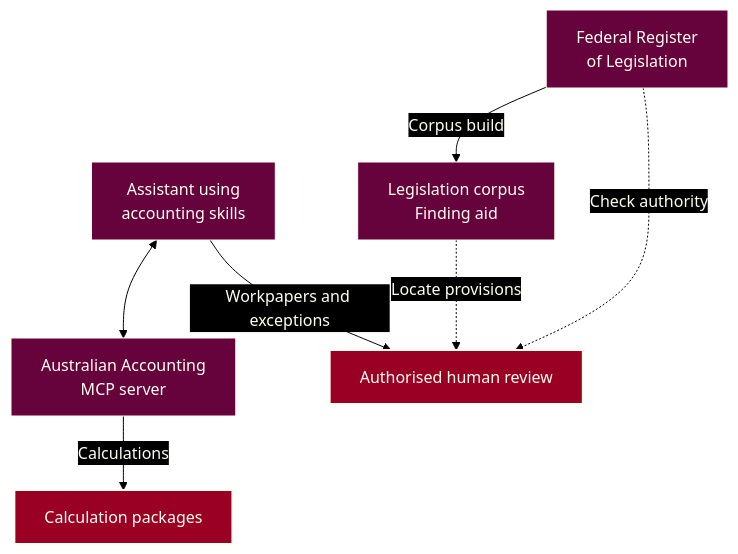
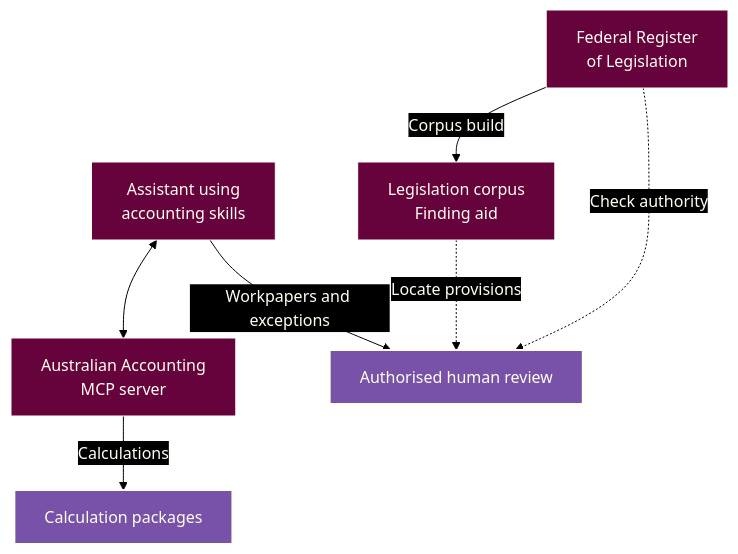
One commit to ryanduguid/ryanduguid changed the diagram in README.md. Above: the diagram before and after it, drawn with Mermaid.

Commit message:
Apply four-colour Mermaid palette (#62)
Use ivory, pure black, Tyrian purple and royal purple in the profile Mermaid diagram.

````diff
--- a/README.md
+++ b/README.md
@@ -46,12 +46,12 @@
 ```mermaid
 flowchart TB
-%%{init: {"theme": "base", "themeVariables": {"background": "#000000", "primaryColor": "#66023C", "primaryTextColor": "#FFFFF0", "primaryBorderColor": "#FFFFF0", "lineColor": "#000000", "textColor": "#FFFFF0", "edgeLabelBackground": "#000000", "clusterBkg": "#000000", "clusterBorder": "#FFFFF0", "titleColor": "#FFFFF0"}, "themeCSS": ".flowchart-link, .relationshipLine, marker path { filter: drop-shadow(0px 1px 0px #FFFFF0) drop-shadow(0px -1px 0px #FFFFF0) drop-shadow(1px 0px 0px #FFFFF0) drop-shadow(-1px 0px 0px #FFFFF0); }"}}%%
+%%{init: {"theme": "base", "look": "classic", "themeVariables": {"background": "#000000", "primaryColor": "#66023C", "primaryTextColor": "#FFFFF0", "primaryBorderColor": "#FFFFF0", "lineColor": "#000000", "textColor": "#FFFFF0", "edgeLabelBackground": "#000000", "clusterBkg": "#000000", "clusterBorder": "#FFFFF0", "titleColor": "#FFFFF0"}, "themeCSS": ".flowchart-link, .relationshipLine, marker path { filter: drop-shadow(0px 1px 0px #FFFFF0) drop-shadow(0px -1px 0px #FFFFF0) drop-shadow(1px 0px 0px #FFFFF0) drop-shadow(-1px 0px 0px #FFFFF0); }"}}%%
     assistant["Assistant using<br/>accounting skills"] <--> mcp["Australian Accounting<br/>MCP server"]
     mcp -->|Calculations| engines["Calculation packages"]
     assistant -->|Workpapers and exceptions| reviewer["Authorised human review"]
     official["Federal Register<br/>of Legislation"] -->|Corpus build| corpus["Legislation corpus<br/>Finding aid"]
     corpus -. Locate provisions .-> reviewer
     official -. Check authority .-> reviewer
-    style engines fill:#990024,stroke:#FFFFF0,stroke-width:2px,color:#FFFFF0
-    style reviewer fill:#990024,stroke:#FFFFF0,stroke-width:2px,color:#FFFFF0
+    style engines fill:#7851A9,stroke:#FFFFF0,stroke-width:2px,color:#FFFFF0
+    style reviewer fill:#7851A9,stroke:#FFFFF0,stroke-width:2px,color:#FFFFF0
 ```
````
